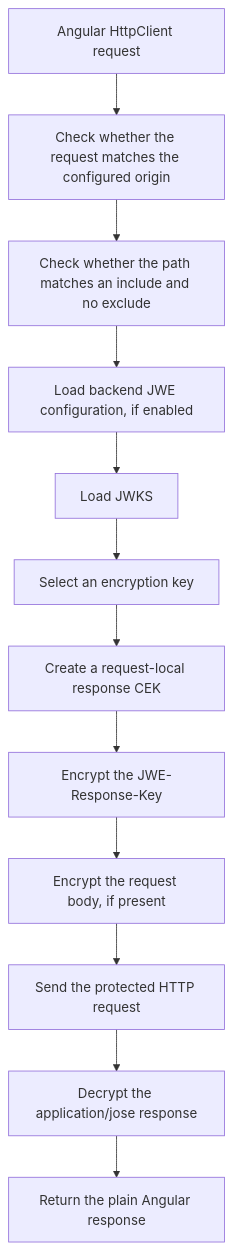
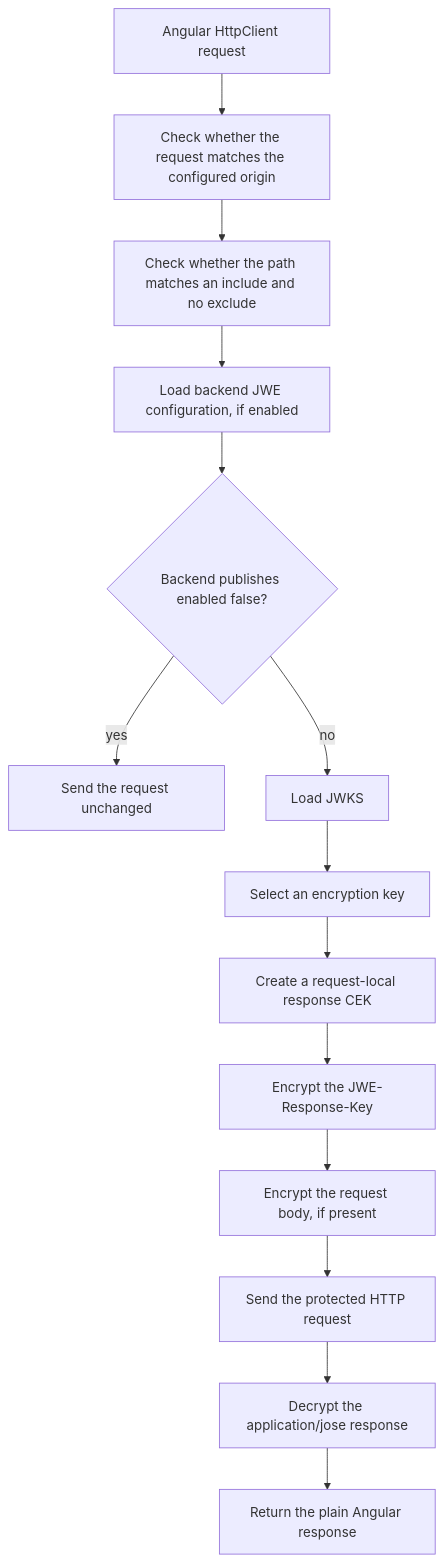
The diagram in docs/getting-started.md (jeap-admin-ch/jeap-jwe-client), drawn with Mermaid before and after one commit. The commit also changed 17 other files, not shown here.

````diff
--- a/docs/getting-started.md
+++ b/docs/getting-started.md
@@ -173,14 +173,16 @@
 ```mermaid
 flowchart TD
   A[Angular HttpClient request] --> B[Check whether the request matches the configured origin]
   B --> C[Check whether the path matches an include and no exclude]
   C --> D[Load backend JWE configuration, if enabled]
-  D --> E[Load JWKS]
+  D --> D2{Backend publishes enabled false?}
+  D2 -- yes --> Z[Send the request unchanged]
+  D2 -- no --> E[Load JWKS]
   E --> F[Select an encryption key]
   F --> G[Create a request-local response CEK]
   G --> H[Encrypt the JWE-Response-Key]
   H --> I[Encrypt the request body, if present]
   I --> J[Send the protected HTTP request]
   J --> K["Decrypt the application/jose response"]
   K --> L[Return the plain Angular response]
 ```
````
